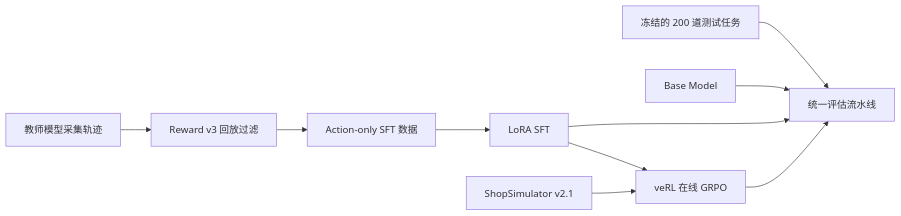
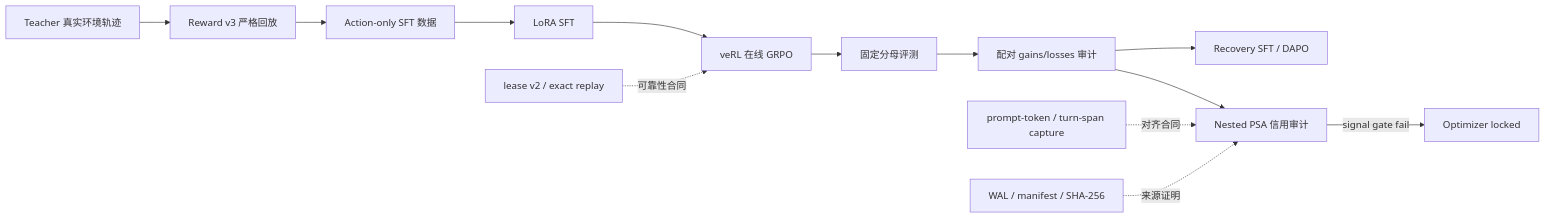
One commit to DON738110198/shopping-grpo-longhorizon changed the diagram in README.md. Above: the diagram before and after it, drawn with Mermaid. The commit also changed other lines of this file and 5 other files, not shown here.

````diff
--- a/README.md
+++ b/README.md
@@ -52,12 +58,16 @@
 ```mermaid
 flowchart LR
-    A[教师模型采集轨迹] --> B[Reward v3 回放过滤]
+    A[Teacher 真实环境轨迹] --> B[Reward v3 严格回放]
     B --> C[Action-only SFT 数据]
     C --> D[LoRA SFT]
     D --> E[veRL 在线 GRPO]
-    F[ShopSimulator v2.1] --> E
-    G[冻结的 200 道测试任务] --> H[统一评估流水线]
-    I[Base Model] --> H
-    D --> H
-    E --> H
+    E --> F[固定分母评测]
+    F --> G[配对 gains/losses 审计]
+    G --> H[Recovery SFT / DAPO]
+    G --> I[Nested PSA 信用审计]
+    I -->|signal gate fail| J[Optimizer locked]
+
+    K[lease v2 / exact replay] -.可靠性合同.-> E
+    L[prompt-token / turn-span capture] -.对齐合同.-> I
+    M[WAL / manifest / SHA-256] -.来源证明.-> I
 ```
````
